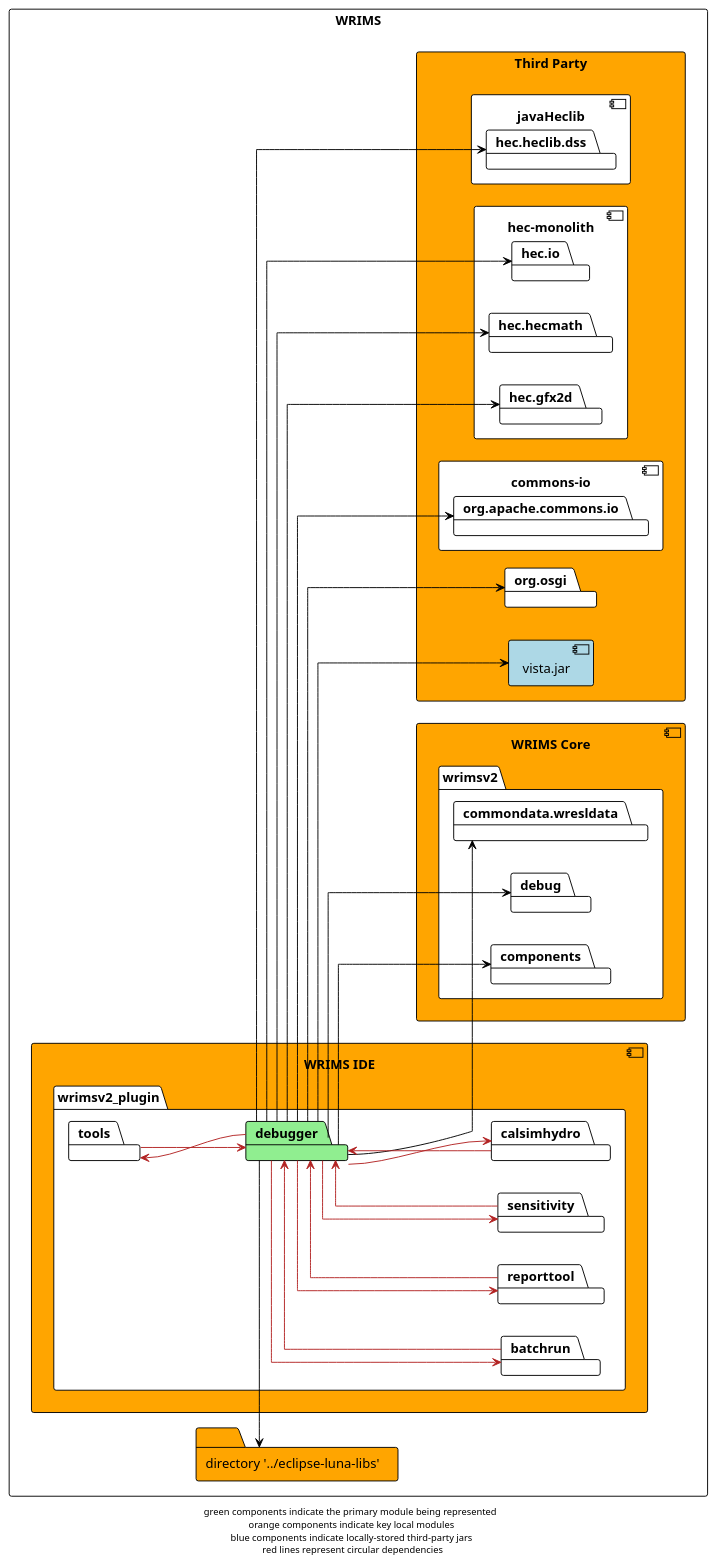
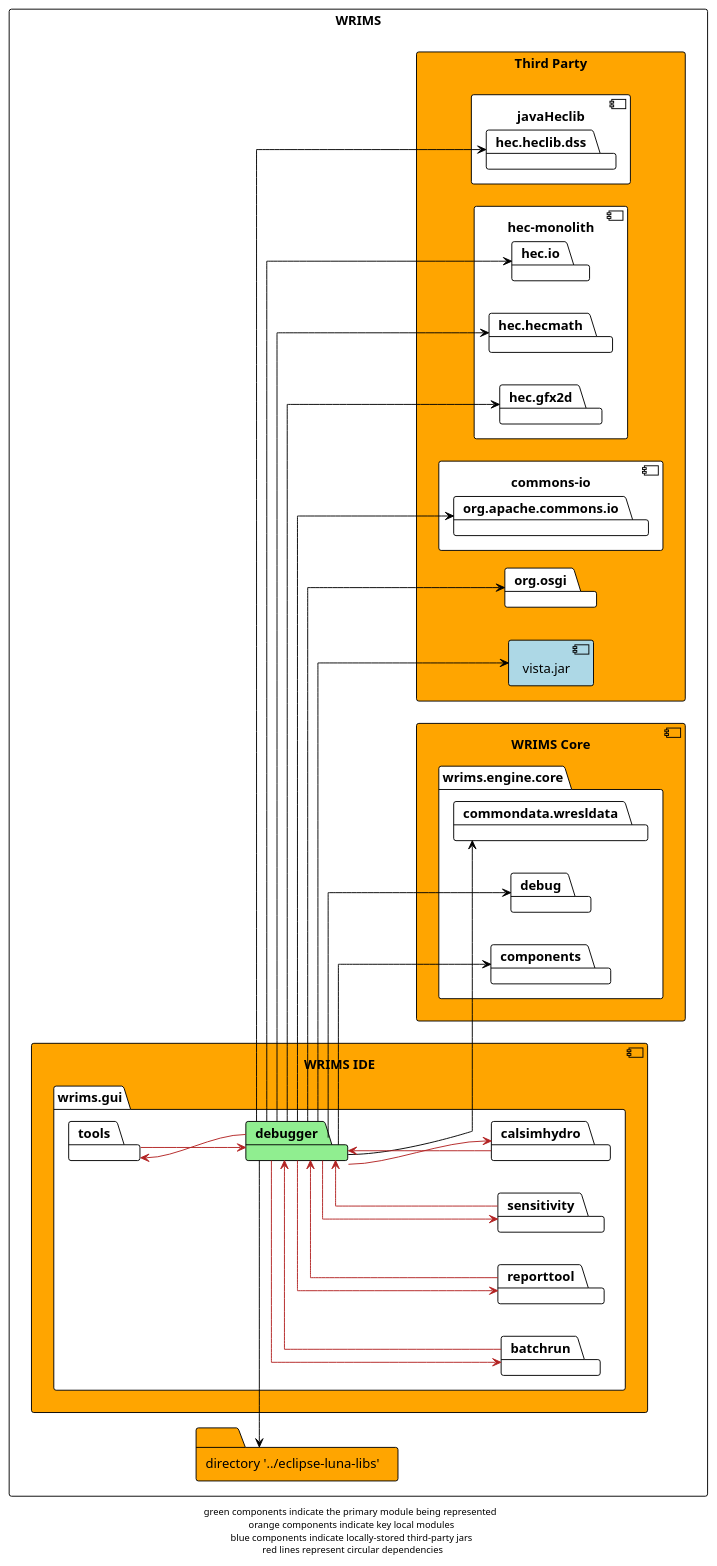
The diagram in docs/diagrams/wrims-modules/wrims-ide/wrims-ide_debugger.plantuml (CentralValleyModeling/wrims-gui), drawn with PlantUML before and after one commit. The commit also changed 23 other files, not shown here.

Commit message:
UML diagram updates in-line with package rename

```diff
--- a/docs/diagrams/wrims-modules/wrims-ide/wrims-ide_debugger.plantuml
+++ b/docs/diagrams/wrims-modules/wrims-ide/wrims-ide_debugger.plantuml
@@ -1,69 +1,69 @@
 @startuml
 
 !theme plain
 left to right direction
 skinparam linetype ortho
 
 rectangle WRIMS {
     component wrims-ide as "WRIMS IDE" #orange {
-        package wrimsv2_plugin {
+        package wrims.gui {
             package debugger #lightgreen
             package tools
             package batchrun
             package calsimhydro
             package reporttool
             package sensitivity
         }
     }
 
     component wrims_core as "WRIMS Core" #orange {
-        package wrimsv2 {
+        package wrims.engine.core {
             package commondata.wresldata
             package debug
             package components
         }
     }
 
     rectangle third-party as "Third Party" #orange {
         package org.osgi
         component javaHeclib {
             package hec.heclib.dss
         }
         component hec.monolith as "hec-monolith" {
             package hec.io
             package hec.hecmath
             package hec.gfx2d
         }
         component vista.jar #lightblue
         component commons_io as "commons-io" {
             package org.apache.commons.io
         }
     }
 
     folder luna_libs as "directory '../eclipse-luna-libs'" #orange
 }
 debugger -> luna_libs
 debugger -up-> tools #firebrick
 debugger --> batchrun #firebrick
 debugger -> commondata.wresldata
 debugger -> debug
 debugger -right-> org.osgi
 debugger -down-> hec.heclib.dss
 debugger -up-> calsimhydro #firebrick
 debugger -down-> hec.io
 debugger -down-> vista.jar
 debugger -down-> org.apache.commons.io
 debugger -down-> components
 debugger -down-> hec.hecmath
 debugger --> reporttool #firebrick
 debugger -down-> sensitivity #firebrick
 debugger -down-> hec.gfx2d
 
 sensitivity -> debugger #firebrick
 batchrun -> debugger #firebrick
 calsimhydro -u-> debugger #firebrick
 tools -> debugger #firebrick
 reporttool -> debugger #firebrick
 
 footer "green components indicate the primary module being represented \n orange components indicate key local modules \n blue components indicate locally-stored third-party jars \n red lines represent circular dependencies"
 @enduml
```
